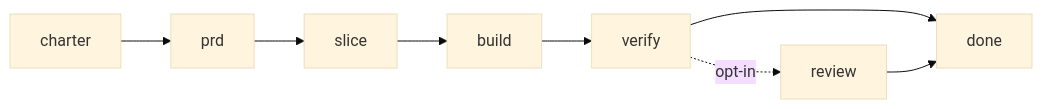
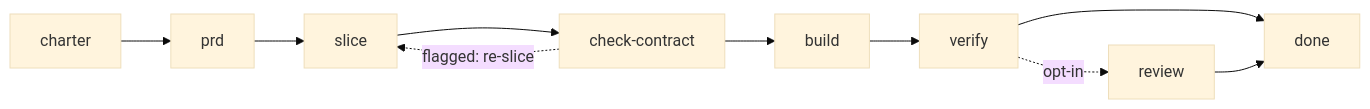
The first of 2 diagrams in skills/kuru-method/SKILL.md (ultish/kurukuru), drawn with Mermaid (base theme) before and after one commit. The commit also changed other lines of this file and 28 other files, not shown here.

First line of the commit message:
Release 1.5.0: per-target resolved env profiles + kuru env feed; pre-build contract critic

````diff
--- a/skills/kuru-method/SKILL.md
+++ b/skills/kuru-method/SKILL.md
@@ -17,5 +17,6 @@
 ```mermaid
 flowchart LR
-    charter --> prd --> slice --> build --> verify --> done
+    charter --> prd --> slice --> check[check-contract] --> build --> verify --> done
+    check -. flagged: re-slice .-> slice
     verify -. opt-in .-> review --> done
 ```
````
